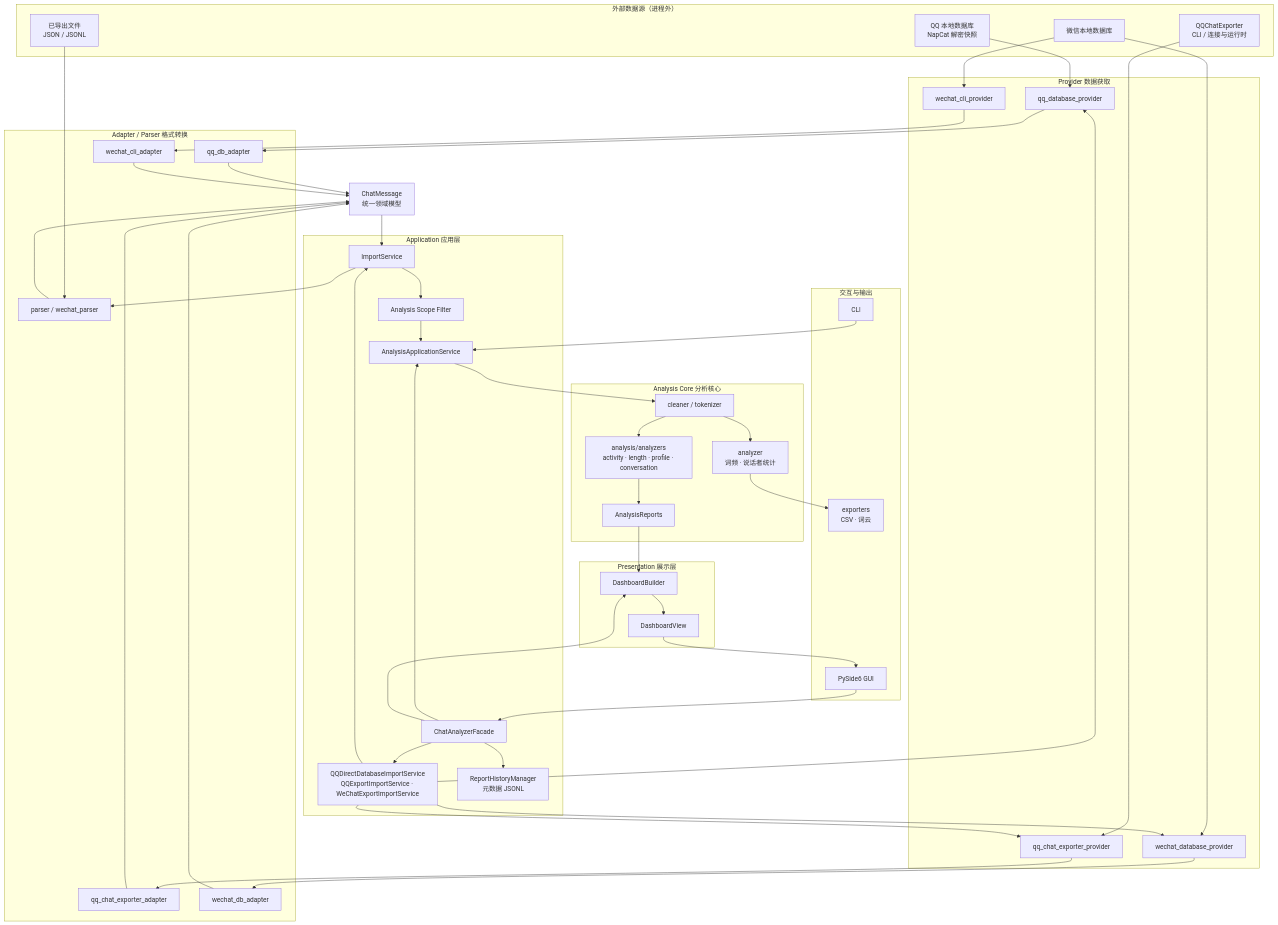
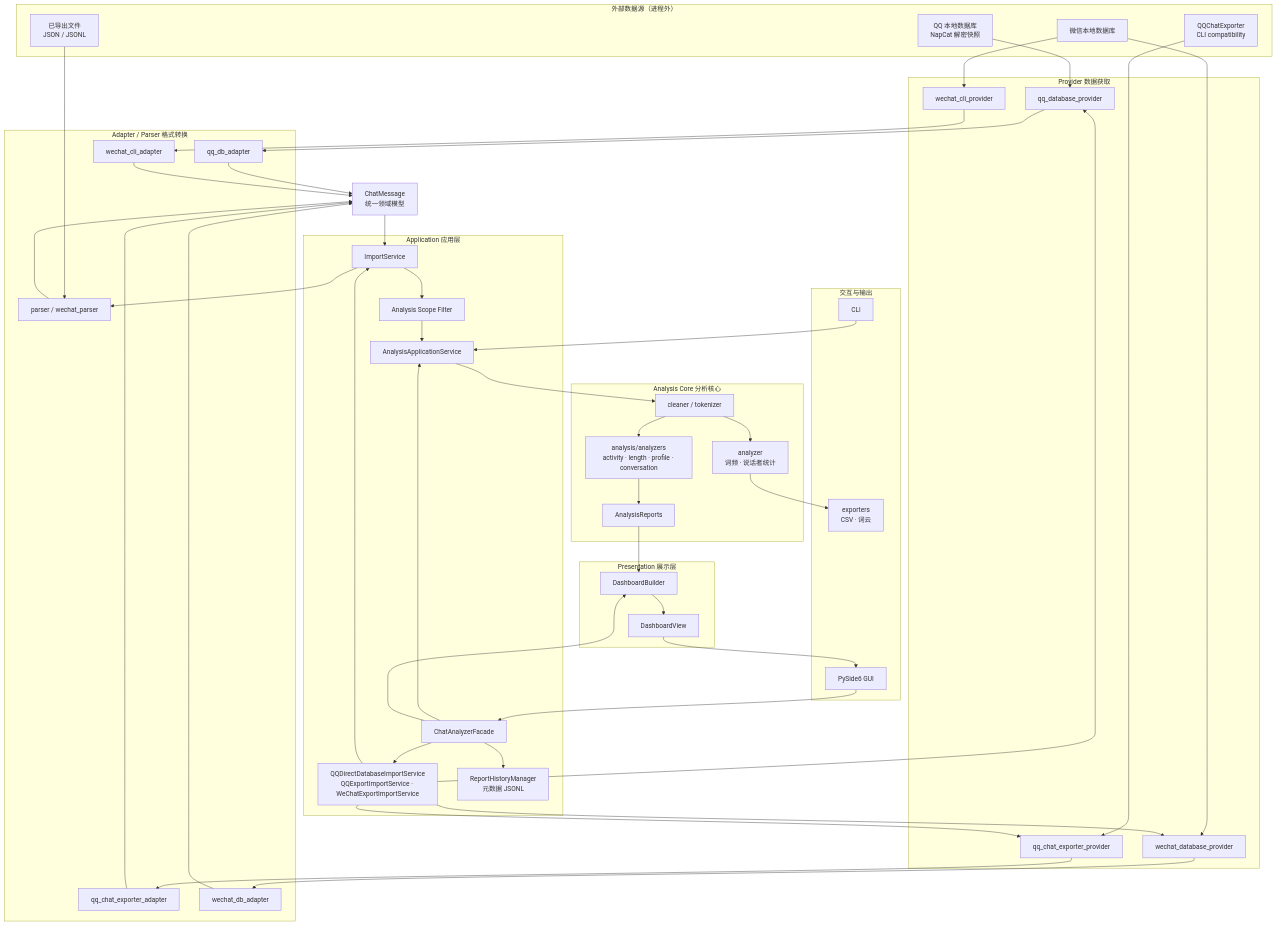
The diagram in ARCHITECTURE.md (lingmeng-658/echo-chat-analyzer), drawn with Mermaid before and after one commit. The commit also changed other lines of this file and 52 other files, not shown here.

````diff
--- a/ARCHITECTURE.md
+++ b/ARCHITECTURE.md
@@ -35,79 +35,79 @@
 ```mermaid
 flowchart TD
     subgraph EXT["外部数据源（进程外）"]
         QQDB["QQ 本地数据库<br/>NapCat 解密快照"]
-        QCE["QQChatExporter<br/>CLI / 连接与运行时"]
+        QCE["QQChatExporter<br/>CLI compatibility"]
         WXAPP["微信本地数据库"]
         FILE["已导出文件<br/>JSON / JSONL"]
     end
 
     subgraph ACQ["Provider 数据获取"]
         PQQDB["qq_database_provider"]
         PQQ["qq_chat_exporter_provider"]
         PWXDB["wechat_database_provider"]
         PWXCLI["wechat_cli_provider"]
     end
 
     subgraph ADP["Adapter / Parser 格式转换"]
         AQQDB["qq_db_adapter"]
         AQQ["qq_chat_exporter_adapter"]
         AWXDB["wechat_db_adapter"]
         AWXCLI["wechat_cli_adapter"]
         PARSER["parser / wechat_parser"]
     end
 
     MSG["ChatMessage<br/>统一领域模型"]
 
     subgraph APP["Application 应用层"]
         IMPORT["ImportService"]
         SCOPE["Analysis Scope Filter"]
         ORCH["QQDirectDatabaseImportService<br/>QQExportImportService · WeChatExportImportService"]
         SVC["AnalysisApplicationService"]
         FACADE["ChatAnalyzerFacade"]
         HISTORY["ReportHistoryManager<br/>元数据 JSONL"]
     end
 
     subgraph CORE["Analysis Core 分析核心"]
         CLEAN["cleaner / tokenizer"]
         LEGACY["analyzer<br/>词频 · 说话者统计"]
         V2["analysis/analyzers<br/>activity · length · profile · conversation"]
         REPORTS["AnalysisReports"]
     end
 
     subgraph PRES["Presentation 展示层"]
         BUILD["DashboardBuilder"]
         VIEW["DashboardView"]
     end
 
     subgraph UI["交互与输出"]
         GUI["PySide6 GUI"]
         CLI["CLI"]
         EXP["exporters<br/>CSV · 词云"]
     end
 
     QQDB --> PQQDB --> AQQDB --> MSG
     QCE --> PQQ --> AQQ --> MSG
     WXAPP --> PWXDB --> AWXDB --> MSG
     WXAPP --> PWXCLI --> AWXCLI --> MSG
     FILE --> PARSER --> MSG
 
     ORCH --> PQQDB
     ORCH --> PQQ
     ORCH --> PWXDB
     IMPORT --> PARSER
     MSG --> IMPORT --> SCOPE --> SVC
     ORCH --> IMPORT
 
     SVC --> CLEAN --> LEGACY
     CLEAN --> V2 --> REPORTS
     LEGACY --> EXP
     REPORTS --> BUILD --> VIEW
 
     FACADE --> ORCH
     FACADE --> SVC
     FACADE --> BUILD
     FACADE --> HISTORY
     GUI --> FACADE
     CLI --> SVC
     VIEW --> GUI
 ```
````
